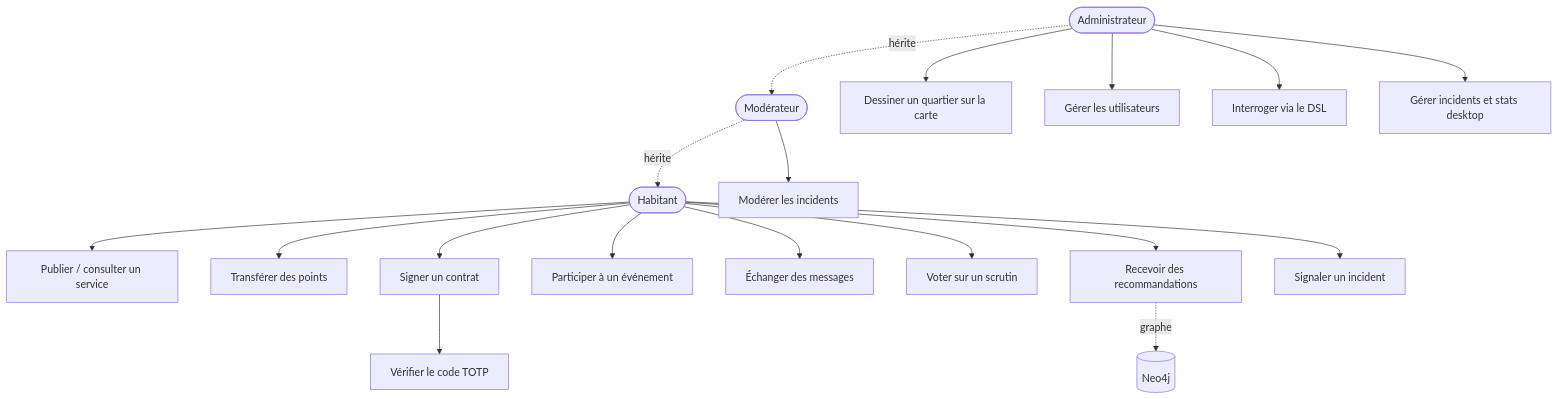
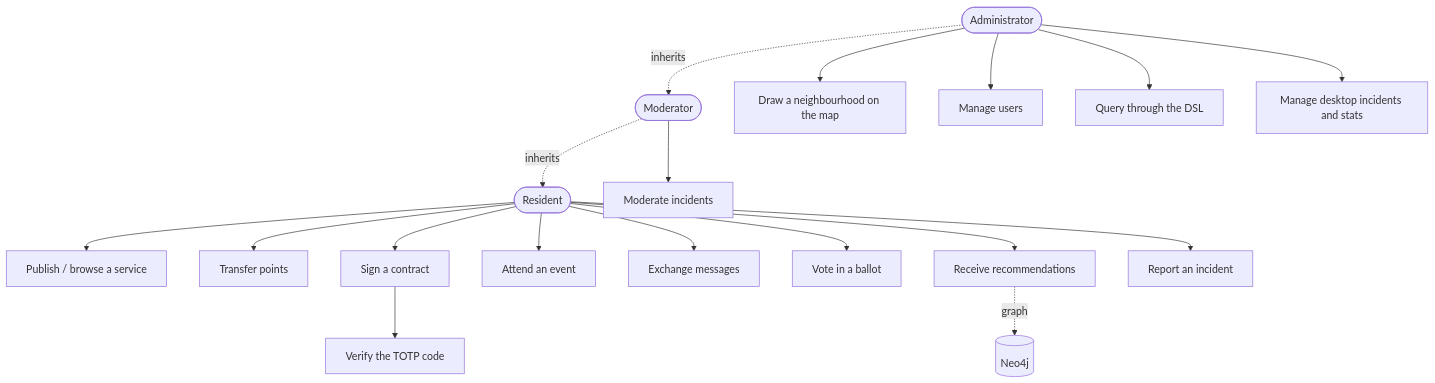
Before and after one commit to creibaud/QuartierConnect: the first of 20 diagrams in docs/RAPPORT-ETAPE3.md, drawn with Mermaid. The commit also changed other lines of this file and 155 other files, not shown here.

````diff
--- a/docs/RAPPORT-ETAPE3.md
+++ b/docs/RAPPORT-ETAPE3.md
@@ -91,28 +91,28 @@
 ```mermaid
 graph TD
-    Habitant([Habitant])
-    Moderateur([Modérateur])
-    Admin([Administrateur])
+    Habitant([Resident])
+    Moderateur([Moderator])
+    Admin([Administrator])
 
-    Habitant --> UC_SVC[Publier / consulter un service]
-    Habitant --> UC_PTS[Transférer des points]
-    Habitant --> UC_CTR[Signer un contrat]
-    Habitant --> UC_EVT[Participer à un événement]
-    Habitant --> UC_MSG[Échanger des messages]
-    Habitant --> UC_VOTE[Voter sur un scrutin]
-    Habitant --> UC_RECO[Recevoir des recommandations]
-    Habitant --> UC_INC[Signaler un incident]
+    Habitant --> UC_SVC[Publish / browse a service]
+    Habitant --> UC_PTS[Transfer points]
+    Habitant --> UC_CTR[Sign a contract]
+    Habitant --> UC_EVT[Attend an event]
+    Habitant --> UC_MSG[Exchange messages]
+    Habitant --> UC_VOTE[Vote in a ballot]
+    Habitant --> UC_RECO[Receive recommendations]
+    Habitant --> UC_INC[Report an incident]
 
-    Moderateur --> UC_MOD[Modérer les incidents]
+    Moderateur --> UC_MOD[Moderate incidents]
 
-    Admin --> UC_DRAW[Dessiner un quartier sur la carte]
-    Admin --> UC_USERS[Gérer les utilisateurs]
-    Admin --> UC_DSL[Interroger via le DSL]
-    Admin --> UC_JAVA[Gérer incidents et stats desktop]
+    Admin --> UC_DRAW[Draw a neighbourhood on the map]
+    Admin --> UC_USERS[Manage users]
+    Admin --> UC_DSL[Query through the DSL]
+    Admin --> UC_JAVA[Manage desktop incidents and stats]
 
-    UC_CTR --> UC_TOTP[Vérifier le code TOTP]
-    UC_RECO -.->|graphe| Neo4j[(Neo4j)]
+    UC_CTR --> UC_TOTP[Verify the TOTP code]
+    UC_RECO -.->|graph| Neo4j[(Neo4j)]
 
-    Moderateur -.->|hérite| Habitant
-    Admin -.->|hérite| Moderateur
+    Moderateur -.->|inherits| Habitant
+    Admin -.->|inherits| Moderateur
 ```
````
